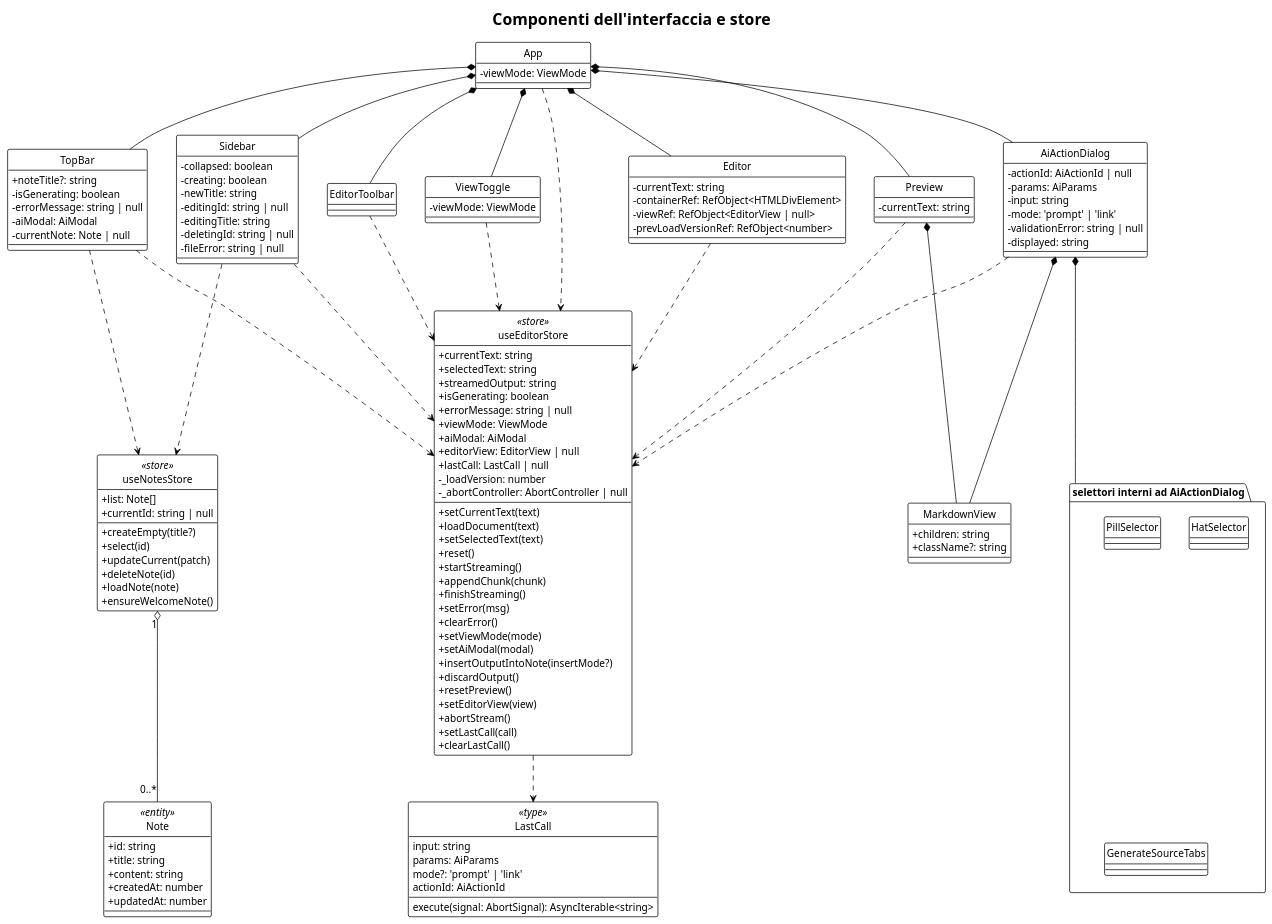
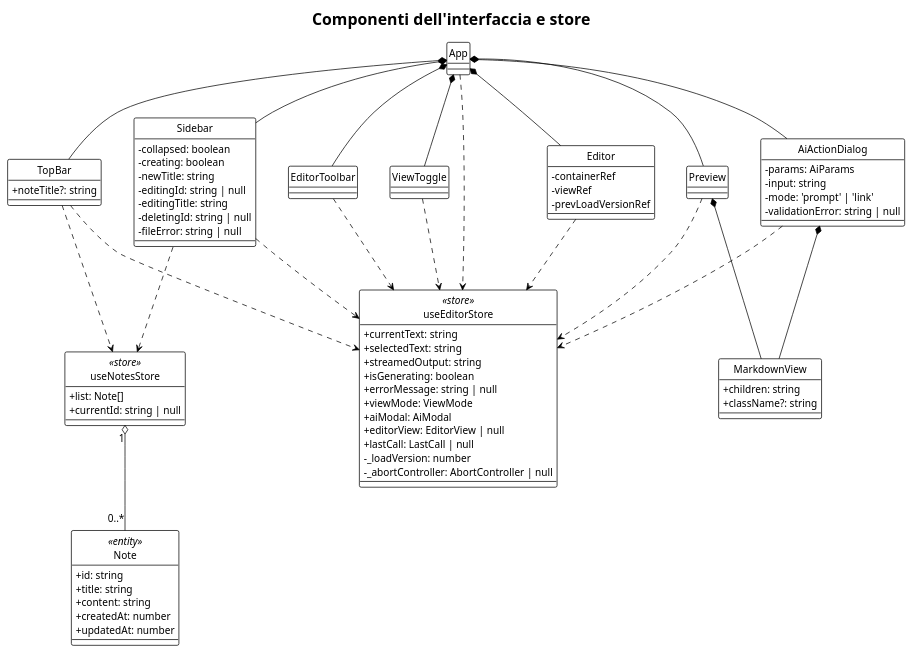
The diagram in PB/doc_esterna/specifica_tecnica/assets/plantuml/UML3.3-1.puml (thebitless-group-swe/thebitless.github.io), drawn with PlantUML before and after one commit. The commit also changed 35 other files, not shown here.

Commit message:
fix(ST):sistema diagrammi UML del capitolo 3.3, elimina i duplicati

```diff
--- a/PB/doc_esterna/specifica_tecnica/assets/plantuml/UML3.3-1.puml
+++ b/PB/doc_esterna/specifica_tecnica/assets/plantuml/UML3.3-1.puml
@@ -1,171 +1,115 @@
 @startuml
 !theme plain
 hide circle
 skinparam classAttributeIconSize 0
 skinparam shadowing false
 skinparam defaultFontSize 14
-skinparam nodesep 40
-skinparam ranksep 65
+skinparam nodesep 45
+skinparam ranksep 60
 
 title Componenti dell'interfaccia e store
 
 ' Le frecce continue con il rombo sono composizione (chi rende chi).
 ' Le frecce tratteggiate sono uso: il componente si sottoscrive a una
-' porzione dello store o ne invoca un'azione. Non portano etichetta
-' perche' la superficie usata da ciascun componente e' nei diagrammi
-' delle singole sottosezioni.
+' porzione dello store o ne invoca un'azione.
+' Negli attributi compare il solo stato posseduto dal componente
+' (useState, useReducer, useRef) e le sue proprieta'. Le porzioni lette
+' dagli store non sono attributi del componente e sono rese dalle frecce.
 
-class App {
-  - viewMode: ViewMode
-}
+class App
 
 together {
   class Sidebar {
     - collapsed: boolean
     - creating: boolean
     - newTitle: string
     - editingId: string | null
     - editingTitle: string
     - deletingId: string | null
     - fileError: string | null
   }
 
   class TopBar {
     + noteTitle?: string
-    - isGenerating: boolean
-    - errorMessage: string | null
-    - aiModal: AiModal
-    - currentNote: Note | null
   }
 
-  class ViewToggle {
-    - viewMode: ViewMode
-  }
+  class ViewToggle
 
-  class EditorToolbar {
-  }
+  class EditorToolbar
 }
 
 together {
   class Editor {
-    - currentText: string
-    - containerRef: RefObject<HTMLDivElement>
-    - viewRef: RefObject<EditorView | null>
-    - prevLoadVersionRef: RefObject<number>
+    - containerRef
+    - viewRef
+    - prevLoadVersionRef
   }
 
-  class Preview {
-    - currentText: string
-  }
+  class Preview
 
   class AiActionDialog {
-    - actionId: AiActionId | null
     - params: AiParams
     - input: string
     - mode: 'prompt' | 'link'
     - validationError: string | null
-    - displayed: string
   }
 }
 
 class MarkdownView {
   + children: string
   + className?: string
-}
-
-package "selettori interni ad AiActionDialog" as INT {
-  class PillSelector
-  class HatSelector
-  class GenerateSourceTabs
 }
 
 class useEditorStore <<store>> {
   + currentText: string
   + selectedText: string
   + streamedOutput: string
   + isGenerating: boolean
   + errorMessage: string | null
   + viewMode: ViewMode
   + aiModal: AiModal
   + editorView: EditorView | null
   + lastCall: LastCall | null
   - _loadVersion: number
   - _abortController: AbortController | null
-  __
-  + setCurrentText(text)
-  + loadDocument(text)
-  + setSelectedText(text)
-  + reset()
-  + startStreaming()
-  + appendChunk(chunk)
-  + finishStreaming()
-  + setError(msg)
-  + clearError()
-  + setViewMode(mode)
-  + setAiModal(modal)
-  + insertOutputIntoNote(insertMode?)
-  + discardOutput()
-  + resetPreview()
-  + setEditorView(view)
-  + abortStream()
-  + setLastCall(call)
-  + clearLastCall()
 }
 
 class useNotesStore <<store>> {
   + list: Note[]
   + currentId: string | null
-  __
-  + createEmpty(title?)
-  + select(id)
-  + updateCurrent(patch)
-  + deleteNote(id)
-  + loadNote(note)
-  + ensureWelcomeNote()
 }
 
 class Note <<entity>> {
   + id: string
   + title: string
   + content: string
   + createdAt: number
   + updatedAt: number
 }
 
-class LastCall <<type>> {
-  input: string
-  params: AiParams
-  mode?: 'prompt' | 'link'
-  actionId: AiActionId
-  execute(signal: AbortSignal): AsyncIterable<string>
-}
-
-' --- composizione ---
+' composizione
 App *-- Sidebar
 App *-- TopBar
 App *-- ViewToggle
 App *-- EditorToolbar
 App *-- Editor
 App *-- Preview
 App *-- AiActionDialog
 Preview *-- MarkdownView
 AiActionDialog *-- MarkdownView
-AiActionDialog *-- INT
 
-' --- uso degli store ---
+' uso degli store
 App ..> useEditorStore
 Sidebar ..> useEditorStore
 TopBar ..> useEditorStore
 ViewToggle ..> useEditorStore
 EditorToolbar ..> useEditorStore
 Editor ..> useEditorStore
 Preview ..> useEditorStore
 AiActionDialog ..> useEditorStore
 Sidebar ..> useNotesStore
 TopBar ..> useNotesStore
 
-' --- tipi ---
 useNotesStore "1" o-- "0..*" Note
-useEditorStore ..> LastCall
 
 @enduml
```
